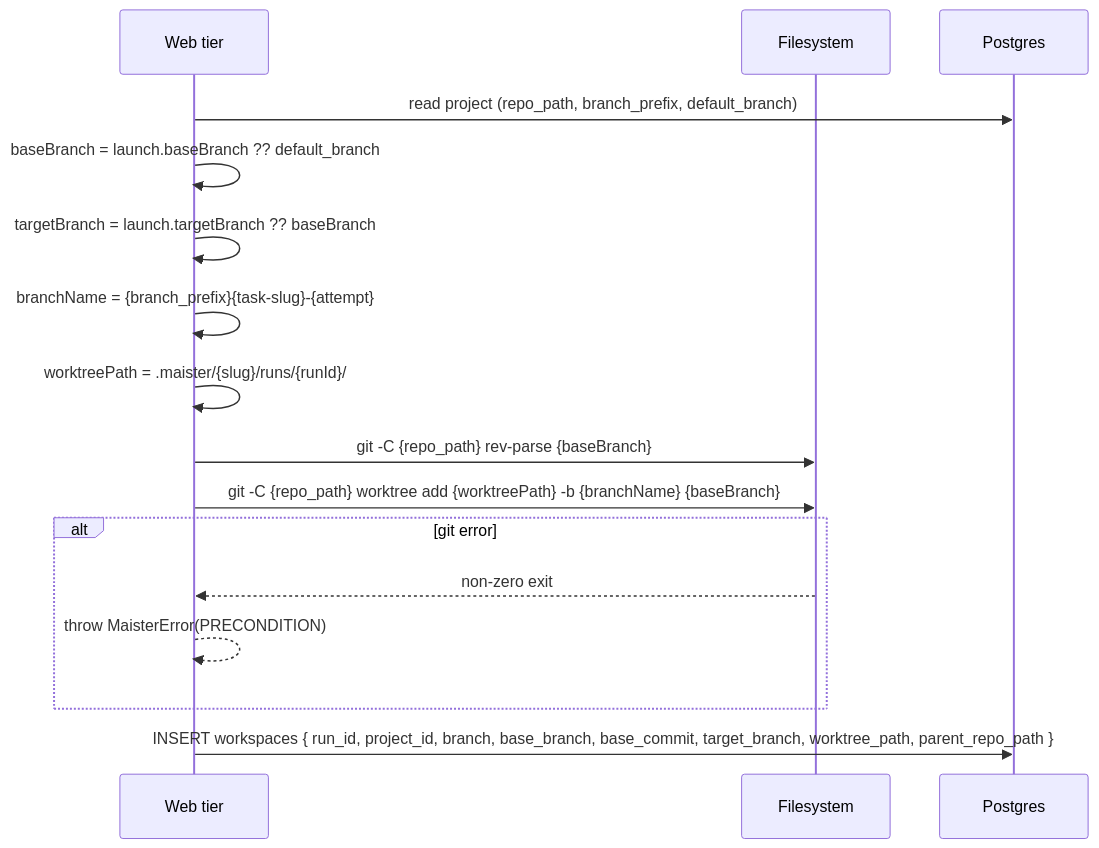
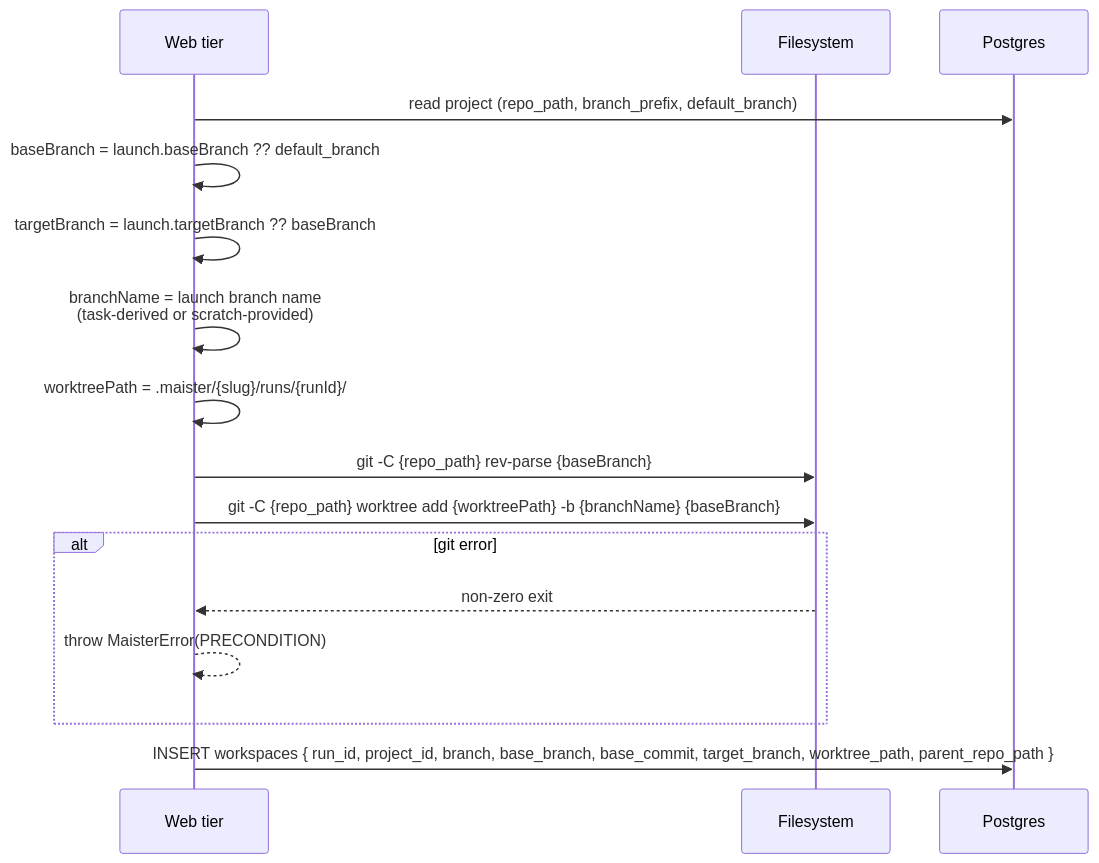
The second of 5 diagrams in docs/system-analytics/workspaces.md (maister-dev/maister), drawn with Mermaid before and after one commit. The commit also changed other lines of this file and 124 other files, not shown here.

````diff
--- a/docs/system-analytics/workspaces.md
+++ b/docs/system-analytics/workspaces.md
@@ -50,19 +51,19 @@
 ```mermaid
 sequenceDiagram
     participant W as Web tier
     participant FS as Filesystem
     participant DB as Postgres
 
     W->>DB: read project (repo_path, branch_prefix, default_branch)
     W->>W: baseBranch = launch.baseBranch ?? default_branch
     W->>W: targetBranch = launch.targetBranch ?? baseBranch
-    W->>W: branchName = {branch_prefix}{task-slug}-{attempt}
+    W->>W: branchName = launch branch name<br/>(task-derived or scratch-provided)
     W->>W: worktreePath = .maister/{slug}/runs/{runId}/
     W->>FS: git -C {repo_path} rev-parse {baseBranch}
     W->>FS: git -C {repo_path} worktree add {worktreePath} -b {branchName} {baseBranch}
     alt git error
         FS-->>W: non-zero exit
         W-->>W: throw MaisterError(PRECONDITION)
     end
     W->>DB: INSERT workspaces { run_id, project_id, branch, base_branch, base_commit, target_branch, worktree_path, parent_repo_path }
 ```
````
